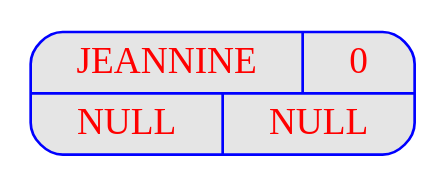
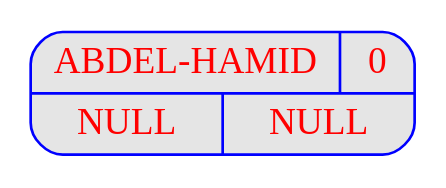
Before and after one commit to FilRougeAAP/Fil_Rouge: the diagram in Programme_1/output_Prog1/dot/displayAVL_v00.dot, drawn with Graphviz. The commit also changed 45 other files, not shown here.

```diff
--- a/Programme_1/output_Prog1/dot/displayAVL_v00.dot
+++ b/Programme_1/output_Prog1/dot/displayAVL_v00.dot
@@ -1,19 +1,19 @@
 digraph displayAVL {
 	node [
 		fontname  = "Arial bold" 
 		fontsize  = "14"
 		fontcolor = "red"
 		style     = "rounded, filled"
 		shape     = "record"
 		fillcolor = "grey90"
 		color     = "blue"
 		width     = "2"
 	]
 
 	edge [
 		color     = "blue"
 	]
 
-	"JEANNINE" [label = "{{<g> JEANNINE | <d> 0 } | { <g> | <d>}}"];
-	"JEANNINE" [label = "{{<g> JEANNINE | <d> 0 }| { <g> NULL | <d> NULL}}"];
+	"ABDEL-HAMID" [label = "{{<g> ABDEL-HAMID | <d> 0 } | { <g> | <d>}}"];
+	"ABDEL-HAMID" [label = "{{<g> ABDEL-HAMID | <d> 0 }| { <g> NULL | <d> NULL}}"];
 }
```
